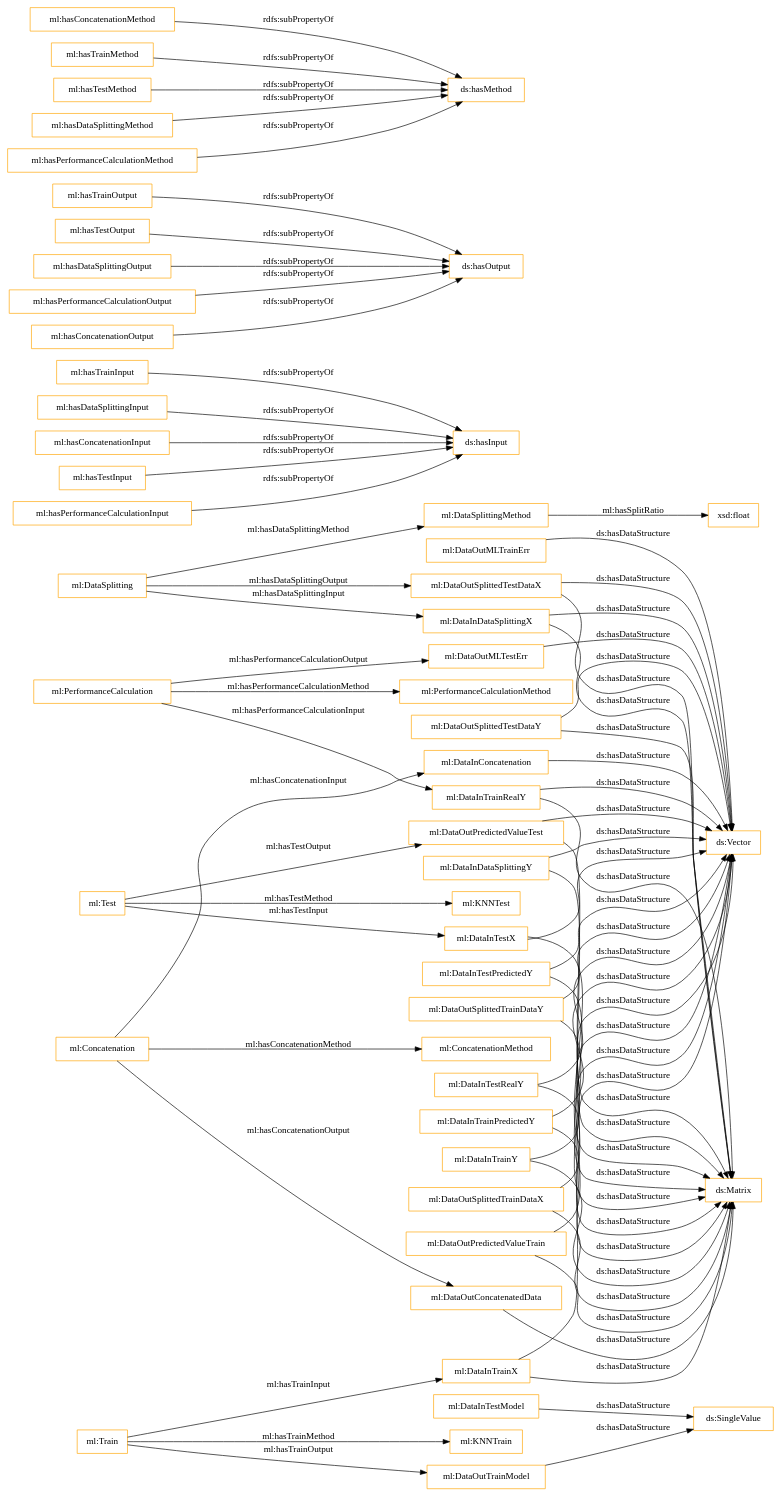
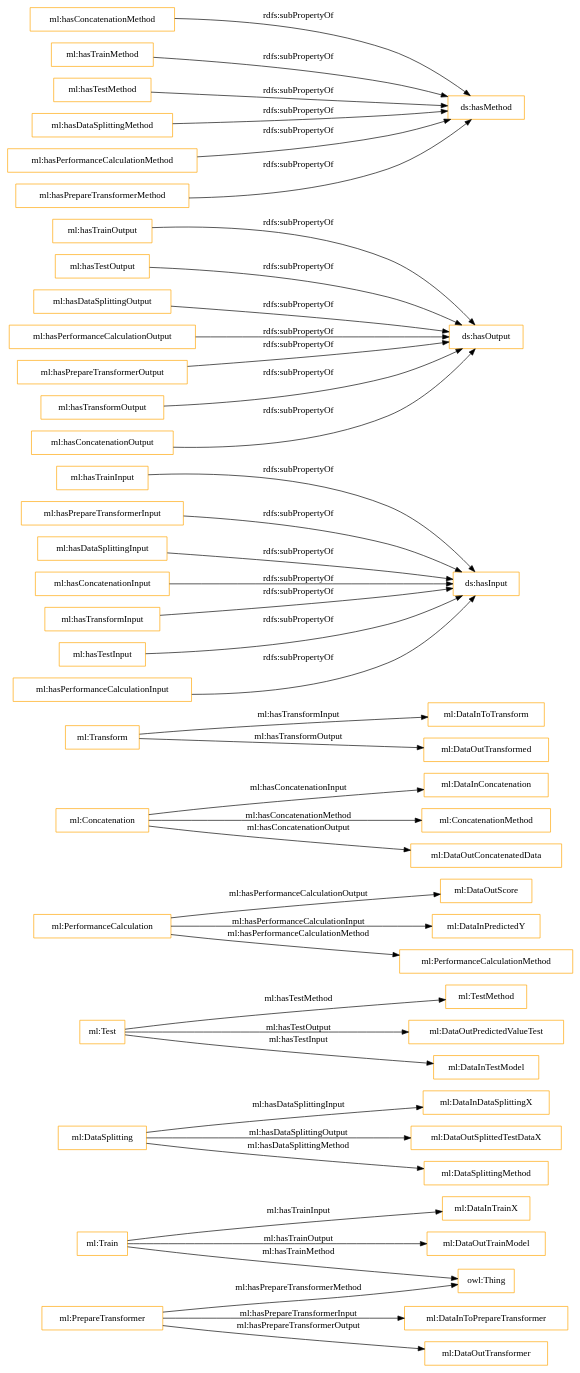
The diagram in OnToology/ml_exeKGOntology.ttl/diagrams/ar2dtool-class/ml_exeKGOntology.ttl.png.dot (nsai-uio/ExeKGOntology), drawn with Graphviz before and after one commit. The commit also changed 987 other files, not shown here.

```diff
--- a/OnToology/ml_exeKGOntology.ttl/diagrams/ar2dtool-class/ml_exeKGOntology.ttl.png.dot
+++ b/OnToology/ml_exeKGOntology.ttl/diagrams/ar2dtool-class/ml_exeKGOntology.ttl.png.dot
@@ -1,73 +1,46 @@
 digraph ar2dtool_diagram { 
 rankdir=LR;
 size="1501"
-node [shape = rectangle, color="orange"]; "ml:DataInTestPredictedY" "ml:DataInDataSplittingY" "ml:DataInTrainY" "ml:DataOutSplittedTestDataX" "ml:PerformanceCalculationMethod" "ml:Concatenation" "ml:ConcatenationMethod" "ml:DataInTestModel" "ml:DataOutPredictedValueTrain" "ml:DataOutMLTrainErr" "ml:DataInTestRealY" "ml:DataInTrainX" "ml:DataOutConcatenatedData" "ml:DataSplitting" "ml:KNNTest" "ml:Test" "ml:DataInDataSplittingX" "ml:DataSplittingMethod" "ml:Train" "ml:PerformanceCalculation" "ml:DataOutTrainModel" "ml:DataOutPredictedValueTest" "ml:DataOutSplittedTrainDataY" "ml:DataOutSplittedTrainDataX" "ml:DataInTestX" "ml:KNNTrain" "ml:DataInTrainPredictedY" "ml:DataOutMLTestErr" "ml:DataOutSplittedTestDataY" "ml:DataInConcatenation" "ml:DataInTrainRealY" ; /*classes style*/
-	"ml:DataOutSplittedTrainDataX" -> "ds:Vector" [ label = "ds:hasDataStructure" ];
-	"ml:DataOutSplittedTrainDataX" -> "ds:Matrix" [ label = "ds:hasDataStructure" ];
-	"ml:DataInTestModel" -> "ds:SingleValue" [ label = "ds:hasDataStructure" ];
+node [shape = rectangle, color="orange"]; "ml:DataInTrainX" "ml:DataSplitting" "ml:TestMethod" "ml:PerformanceCalculation" "ml:PrepareTransformer" "ml:DataInConcatenation" "ml:ConcatenationMethod" "ml:DataInDataSplittingX" "ml:Test" "ml:DataInToTransform" "ml:DataOutScore" "ml:DataInToPrepareTransformer" "ml:DataOutTransformer" "ml:DataInPredictedY" "ml:DataOutSplittedTestDataX" "ml:Transform" "ml:Train" "ml:DataOutConcatenatedData" "ml:DataOutPredictedValueTest" "ml:Concatenation" "ml:DataSplittingMethod" "ml:PerformanceCalculationMethod" "ml:DataInTestModel" "ml:DataOutTrainModel" "ml:DataOutTransformed" ; /*classes style*/
 	"ml:hasTrainInput" -> "ds:hasInput" [ label = "rdfs:subPropertyOf" ];
 	"ml:hasTrainOutput" -> "ds:hasOutput" [ label = "rdfs:subPropertyOf" ];
-	"ml:DataOutTrainModel" -> "ds:SingleValue" [ label = "ds:hasDataStructure" ];
-	"ml:DataInTrainX" -> "ds:Vector" [ label = "ds:hasDataStructure" ];
-	"ml:DataInTrainX" -> "ds:Matrix" [ label = "ds:hasDataStructure" ];
 	"ml:hasTestOutput" -> "ds:hasOutput" [ label = "rdfs:subPropertyOf" ];
-	"ml:DataOutSplittedTestDataY" -> "ds:Vector" [ label = "ds:hasDataStructure" ];
-	"ml:DataOutSplittedTestDataY" -> "ds:Matrix" [ label = "ds:hasDataStructure" ];
-	"ml:DataInDataSplittingY" -> "ds:Vector" [ label = "ds:hasDataStructure" ];
-	"ml:DataInDataSplittingY" -> "ds:Matrix" [ label = "ds:hasDataStructure" ];
-	"ml:DataInTrainPredictedY" -> "ds:Vector" [ label = "ds:hasDataStructure" ];
-	"ml:DataInTrainPredictedY" -> "ds:Matrix" [ label = "ds:hasDataStructure" ];
+	"ml:hasPrepareTransformerInput" -> "ds:hasInput" [ label = "rdfs:subPropertyOf" ];
 	"ml:hasConcatenationMethod" -> "ds:hasMethod" [ label = "rdfs:subPropertyOf" ];
 	"ml:hasDataSplittingOutput" -> "ds:hasOutput" [ label = "rdfs:subPropertyOf" ];
-	"ml:DataOutSplittedTestDataX" -> "ds:Vector" [ label = "ds:hasDataStructure" ];
-	"ml:DataOutSplittedTestDataX" -> "ds:Matrix" [ label = "ds:hasDataStructure" ];
-	"ml:DataInDataSplittingX" -> "ds:Vector" [ label = "ds:hasDataStructure" ];
-	"ml:DataInDataSplittingX" -> "ds:Matrix" [ label = "ds:hasDataStructure" ];
 	"ml:hasTrainMethod" -> "ds:hasMethod" [ label = "rdfs:subPropertyOf" ];
-	"ml:DataInTestX" -> "ds:Vector" [ label = "ds:hasDataStructure" ];
-	"ml:DataInTestX" -> "ds:Matrix" [ label = "ds:hasDataStructure" ];
-	"ml:DataInConcatenation" -> "ds:Vector" [ label = "ds:hasDataStructure" ];
 	"ml:hasPerformanceCalculationOutput" -> "ds:hasOutput" [ label = "rdfs:subPropertyOf" ];
-	"ml:DataOutPredictedValueTest" -> "ds:Vector" [ label = "ds:hasDataStructure" ];
-	"ml:DataOutPredictedValueTest" -> "ds:Matrix" [ label = "ds:hasDataStructure" ];
+	"ml:hasPrepareTransformerOutput" -> "ds:hasOutput" [ label = "rdfs:subPropertyOf" ];
 	"ml:hasTestMethod" -> "ds:hasMethod" [ label = "rdfs:subPropertyOf" ];
-	"ml:DataInTestRealY" -> "ds:Vector" [ label = "ds:hasDataStructure" ];
-	"ml:DataInTestRealY" -> "ds:Matrix" [ label = "ds:hasDataStructure" ];
+	"ml:hasTransformOutput" -> "ds:hasOutput" [ label = "rdfs:subPropertyOf" ];
 	"ml:hasDataSplittingMethod" -> "ds:hasMethod" [ label = "rdfs:subPropertyOf" ];
-	"ml:DataInTrainRealY" -> "ds:Vector" [ label = "ds:hasDataStructure" ];
-	"ml:DataInTrainRealY" -> "ds:Matrix" [ label = "ds:hasDataStructure" ];
 	"ml:hasDataSplittingInput" -> "ds:hasInput" [ label = "rdfs:subPropertyOf" ];
 	"ml:hasConcatenationInput" -> "ds:hasInput" [ label = "rdfs:subPropertyOf" ];
-	"ml:DataOutMLTrainErr" -> "ds:Vector" [ label = "ds:hasDataStructure" ];
 	"ml:hasPerformanceCalculationMethod" -> "ds:hasMethod" [ label = "rdfs:subPropertyOf" ];
-	"ml:DataOutPredictedValueTrain" -> "ds:Vector" [ label = "ds:hasDataStructure" ];
-	"ml:DataOutPredictedValueTrain" -> "ds:Matrix" [ label = "ds:hasDataStructure" ];
-	"ml:DataInTestPredictedY" -> "ds:Vector" [ label = "ds:hasDataStructure" ];
-	"ml:DataInTestPredictedY" -> "ds:Matrix" [ label = "ds:hasDataStructure" ];
-	"ml:DataOutConcatenatedData" -> "ds:Matrix" [ label = "ds:hasDataStructure" ];
-	"ml:DataOutSplittedTrainDataY" -> "ds:Vector" [ label = "ds:hasDataStructure" ];
-	"ml:DataOutSplittedTrainDataY" -> "ds:Matrix" [ label = "ds:hasDataStructure" ];
+	"ml:hasTransformInput" -> "ds:hasInput" [ label = "rdfs:subPropertyOf" ];
+	"ml:hasPrepareTransformerMethod" -> "ds:hasMethod" [ label = "rdfs:subPropertyOf" ];
 	"ml:hasTestInput" -> "ds:hasInput" [ label = "rdfs:subPropertyOf" ];
-	"ml:DataInTrainY" -> "ds:Vector" [ label = "ds:hasDataStructure" ];
-	"ml:DataInTrainY" -> "ds:Matrix" [ label = "ds:hasDataStructure" ];
 	"ml:hasPerformanceCalculationInput" -> "ds:hasInput" [ label = "rdfs:subPropertyOf" ];
 	"ml:hasConcatenationOutput" -> "ds:hasOutput" [ label = "rdfs:subPropertyOf" ];
-	"ml:DataOutMLTestErr" -> "ds:Vector" [ label = "ds:hasDataStructure" ];
+	"ml:Transform" -> "ml:DataInToTransform" [ label = "ml:hasTransformInput" ];
 	"ml:Train" -> "ml:DataOutTrainModel" [ label = "ml:hasTrainOutput" ];
 	"ml:Test" -> "ml:DataOutPredictedValueTest" [ label = "ml:hasTestOutput" ];
+	"ml:PrepareTransformer" -> "ml:DataOutTransformer" [ label = "ml:hasPrepareTransformerOutput" ];
 	"ml:Concatenation" -> "ml:DataInConcatenation" [ label = "ml:hasConcatenationInput" ];
 	"ml:PerformanceCalculation" -> "ml:PerformanceCalculationMethod" [ label = "ml:hasPerformanceCalculationMethod" ];
-	"ml:Test" -> "ml:KNNTest" [ label = "ml:hasTestMethod" ];
-	"ml:PerformanceCalculation" -> "ml:DataOutMLTestErr" [ label = "ml:hasPerformanceCalculationOutput" ];
+	"ml:Test" -> "ml:TestMethod" [ label = "ml:hasTestMethod" ];
+	"ml:PrepareTransformer" -> "owl:Thing" [ label = "ml:hasPrepareTransformerMethod" ];
+	"ml:PrepareTransformer" -> "ml:DataInToPrepareTransformer" [ label = "ml:hasPrepareTransformerInput" ];
+	"ml:PerformanceCalculation" -> "ml:DataOutScore" [ label = "ml:hasPerformanceCalculationOutput" ];
 	"ml:DataSplitting" -> "ml:DataSplittingMethod" [ label = "ml:hasDataSplittingMethod" ];
-	"ml:Test" -> "ml:DataInTestX" [ label = "ml:hasTestInput" ];
+	"ml:Test" -> "ml:DataInTestModel" [ label = "ml:hasTestInput" ];
 	"ml:Concatenation" -> "ml:ConcatenationMethod" [ label = "ml:hasConcatenationMethod" ];
 	"ml:DataSplitting" -> "ml:DataOutSplittedTestDataX" [ label = "ml:hasDataSplittingOutput" ];
-	"ml:PerformanceCalculation" -> "ml:DataInTrainRealY" [ label = "ml:hasPerformanceCalculationInput" ];
-	"ml:Train" -> "ml:KNNTrain" [ label = "ml:hasTrainMethod" ];
+	"ml:PerformanceCalculation" -> "ml:DataInPredictedY" [ label = "ml:hasPerformanceCalculationInput" ];
+	"ml:Train" -> "owl:Thing" [ label = "ml:hasTrainMethod" ];
 	"ml:DataSplitting" -> "ml:DataInDataSplittingX" [ label = "ml:hasDataSplittingInput" ];
 	"ml:Concatenation" -> "ml:DataOutConcatenatedData" [ label = "ml:hasConcatenationOutput" ];
+	"ml:Transform" -> "ml:DataOutTransformed" [ label = "ml:hasTransformOutput" ];
 	"ml:Train" -> "ml:DataInTrainX" [ label = "ml:hasTrainInput" ];
-	"ml:DataSplittingMethod" -> "xsd:float" [ label = "ml:hasSplitRatio" ];
 
 }
```
